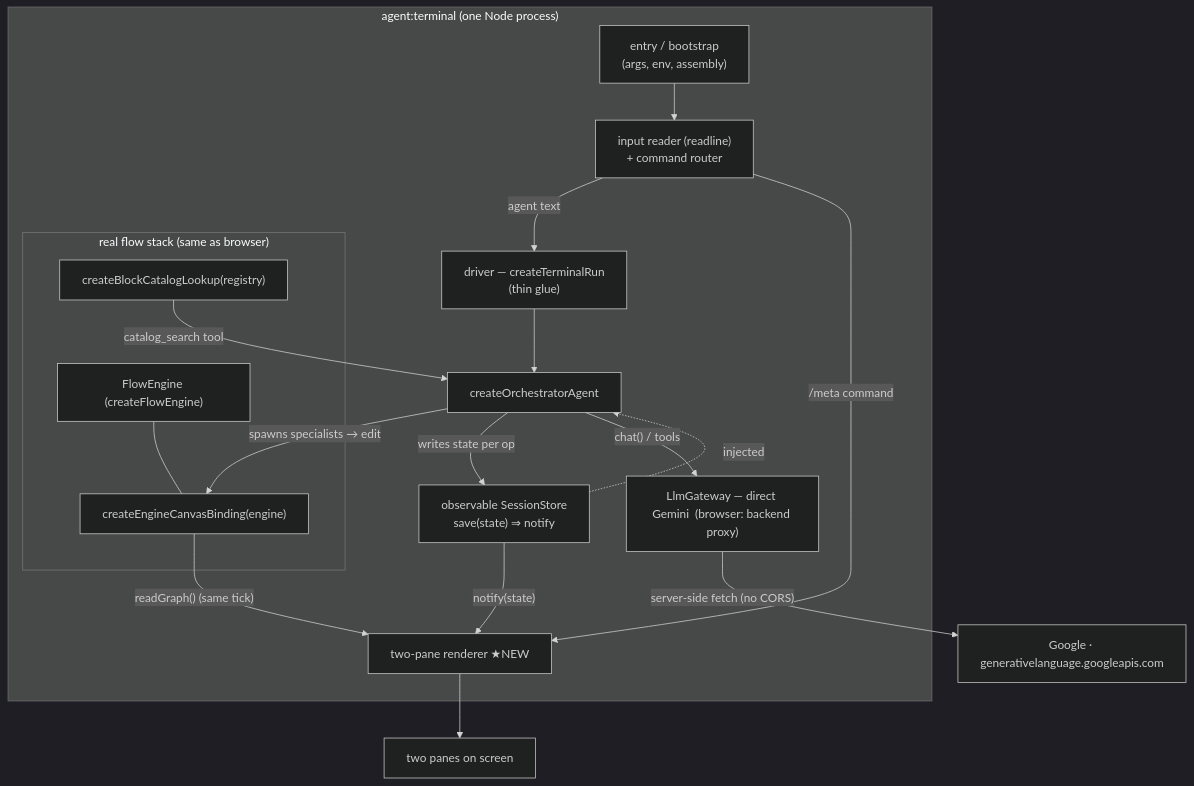
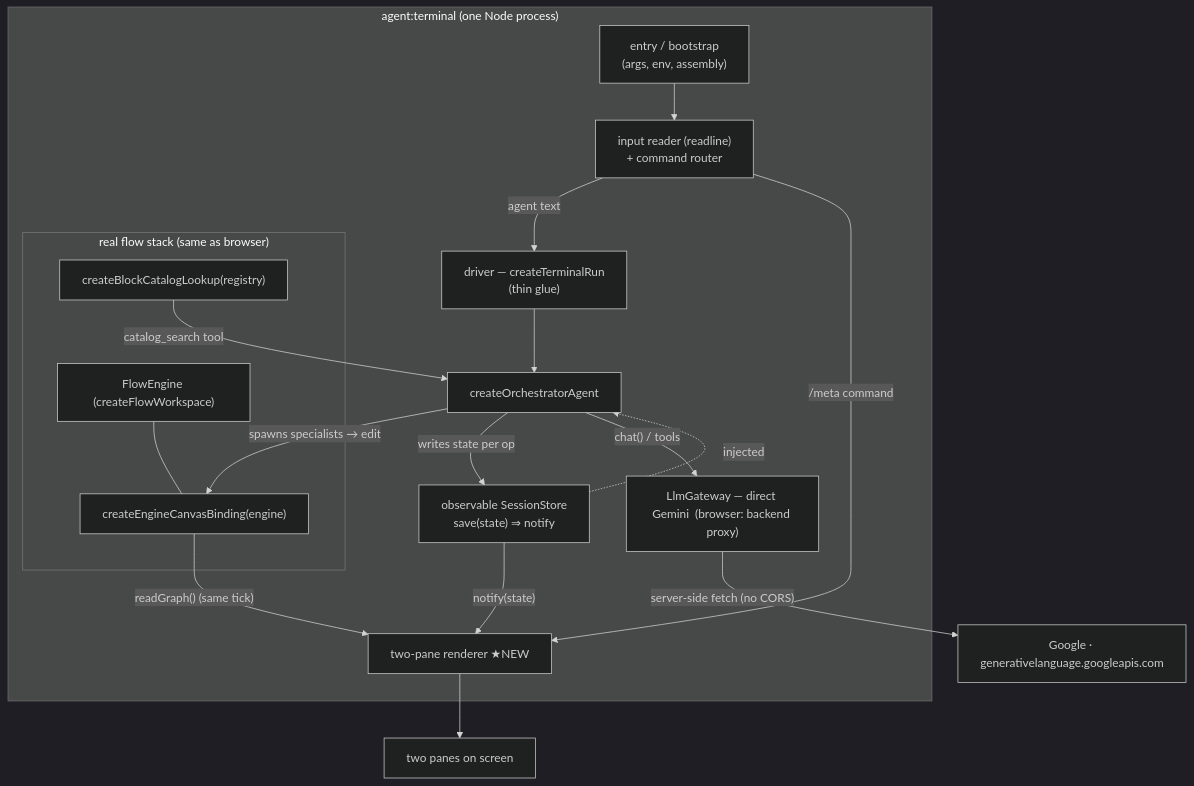
The first of 2 diagrams in docs/browser-agent/design/local-terminal.md (lemoncloud-io/eureka-flow), drawn with Mermaid (dark theme) before and after one commit. The commit also changed other lines of this file and 23 other files, not shown here.

````diff
--- a/docs/browser-agent/design/local-terminal.md
+++ b/docs/browser-agent/design/local-terminal.md
@@ -90,33 +93,33 @@
 ```mermaid
 flowchart TB
   subgraph proc["agent:terminal (one Node process)"]
     ENTRY["entry / bootstrap<br/>(args, env, assembly)"]
     IN["input reader (readline)<br/>+ command router"]
     DRV["driver — createTerminalRun<br/>(thin glue)"]
     STORE["observable SessionStore<br/>save(state) ⇒ notify"]
     ORCH["createOrchestratorAgent"]
     REND["two-pane renderer  ★NEW"]
 
     subgraph real["real flow stack (same as browser)"]
-      ENG["FlowEngine (createFlowEngine)"]
+      ENG["FlowEngine (createFlowWorkspace)"]
       BIND["createEngineCanvasBinding(engine)"]
       CAT["createBlockCatalogLookup(registry)"]
       ENG --- BIND
     end
     GW["LlmGateway — direct Gemini  (browser: backend proxy)"]
 
     ENTRY --> IN
     IN -- "agent text" --> DRV
     IN -- "/meta command" --> REND
     DRV --> ORCH
     STORE -. injected .-> ORCH
     ORCH -- "writes state per op" --> STORE
     ORCH -- "spawns specialists → edit" --> BIND
     ORCH -- "chat() / tools" --> GW
     CAT -- "catalog_search tool" --> ORCH
     STORE -- "notify(state)" --> REND
     BIND -- "readGraph() (same tick)" --> REND
   end
   REND --> SCREEN["two panes on screen"]
   GW -- "server-side fetch (no CORS)" --> GOOG["Google · generativelanguage.googleapis.com"]
 ```
````
